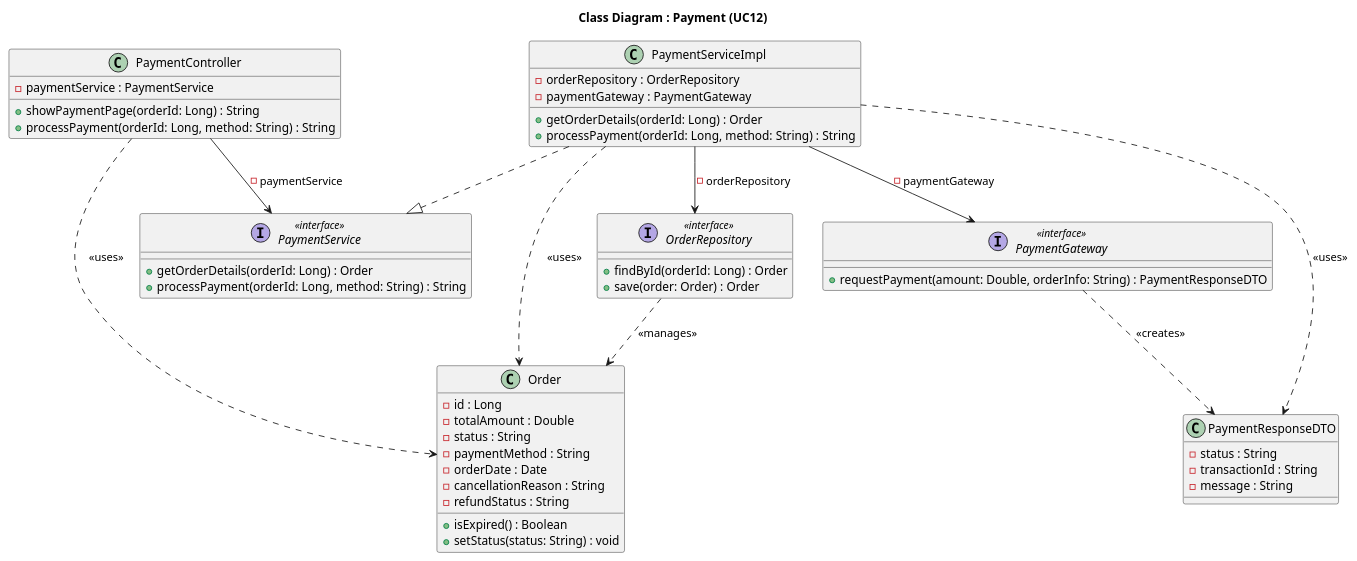
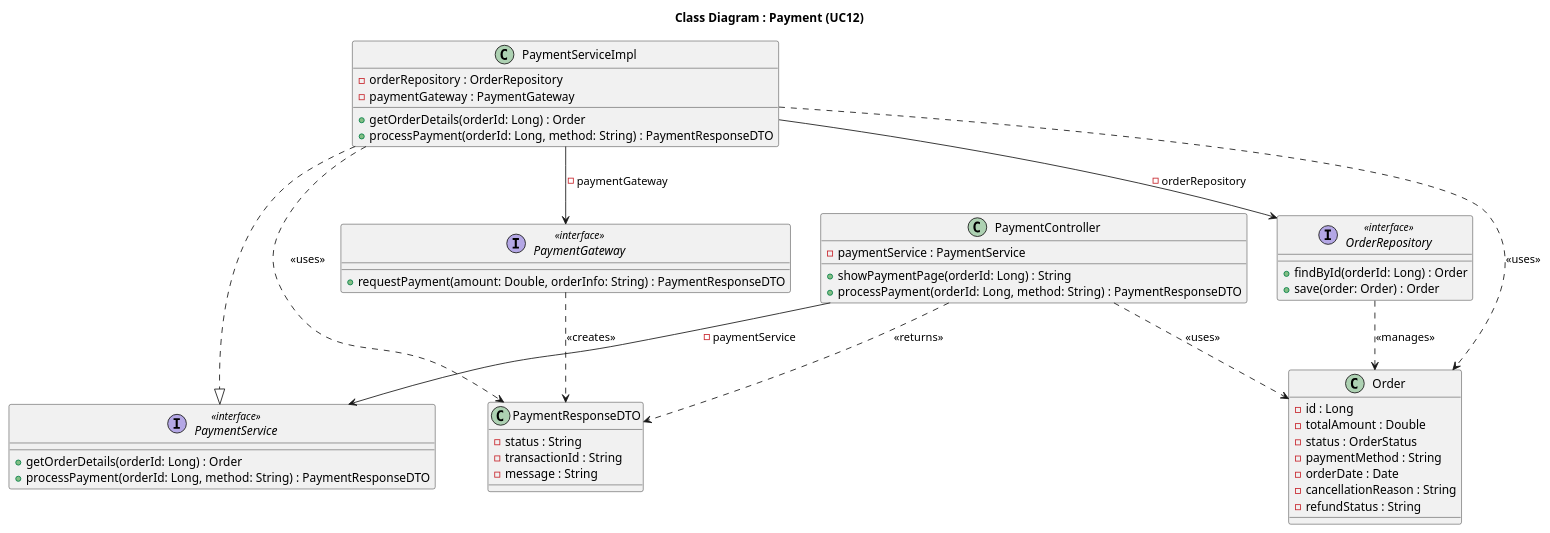
Before and after one commit to Peterdir/fashion-store-system: the diagram in src/main/java/org/example/fashionstoresystem/uml/Class/CD12_Payment.puml, drawn with PlantUML. The commit also changed 36 other files, not shown here.

```diff
--- a/src/main/java/org/example/fashionstoresystem/uml/Class/CD12_Payment.puml
+++ b/src/main/java/org/example/fashionstoresystem/uml/Class/CD12_Payment.puml
@@ -1,72 +1,74 @@
 @startuml
 title Class Diagram : Payment (UC12)
 
 ' Controller
 class PaymentController {
     - paymentService : PaymentService
     + showPaymentPage(orderId: Long) : String
-    + processPayment(orderId: Long, method: String) : String
+    + processPayment(orderId: Long, method: String) : PaymentResponseDTO
 }
 
 ' Service
 interface PaymentService <<interface>> {
     + getOrderDetails(orderId: Long) : Order
-    + processPayment(orderId: Long, method: String) : String
+    + processPayment(orderId: Long, method: String) : PaymentResponseDTO
 }
 
 class PaymentServiceImpl {
     - orderRepository : OrderRepository
     - paymentGateway : PaymentGateway
     + getOrderDetails(orderId: Long) : Order
-    + processPayment(orderId: Long, method: String) : String
+    + processPayment(orderId: Long, method: String) : PaymentResponseDTO
 }
 
 ' External Gateway Service
 interface PaymentGateway <<interface>> {
     + requestPayment(amount: Double, orderInfo: String) : PaymentResponseDTO
 }
 
 ' Repository
 interface OrderRepository <<interface>> {
     + findById(orderId: Long) : Order
     + save(order: Order) : Order
 }
 
-' Entity & DTO
-class Order {
-    - id : Long
-    - totalAmount : Double
-    - status : String
-    - paymentMethod : String
-    - orderDate : Date
-    - cancellationReason : String
-    - refundStatus : String
-    + isExpired() : Boolean
-    + setStatus(status: String) : void
-}
+' DTO
 
 class PaymentResponseDTO {
     - status : String
     - transactionId : String
     - message : String
+}
+
+' Entity
+
+class Order {
+    - id : Long
+    - totalAmount : Double
+    - status : OrderStatus
+    - paymentMethod : String
+    - orderDate : Date
+    - cancellationReason : String
+    - refundStatus : String
 }
 
 ' Relationships
 
 ' Class implement Interface
 PaymentServiceImpl ..|> PaymentService
 
 ' Dependency Injection
 PaymentController --> PaymentService : - paymentService
 PaymentServiceImpl --> OrderRepository : - orderRepository
 PaymentServiceImpl --> PaymentGateway : - paymentGateway
 
 ' Object Usage
 PaymentController ..> Order : <<uses>>
+PaymentController ..> PaymentResponseDTO : <<returns>>
 PaymentServiceImpl ..> Order : <<uses>>
 OrderRepository ..> Order : <<manages>>
 
 PaymentGateway ..> PaymentResponseDTO : <<creates>>
 PaymentServiceImpl ..> PaymentResponseDTO : <<uses>>
 
 @enduml
```
